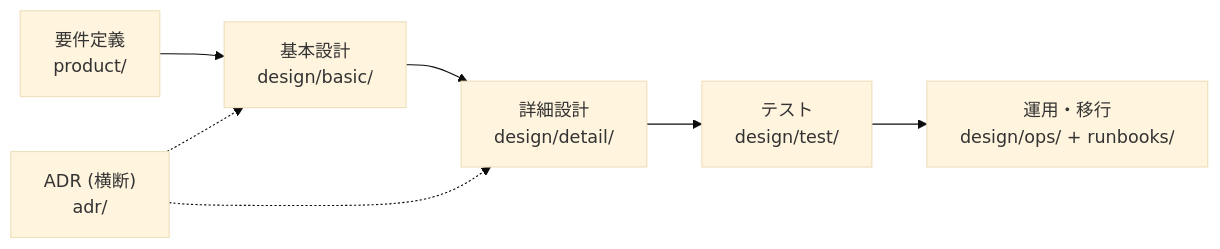
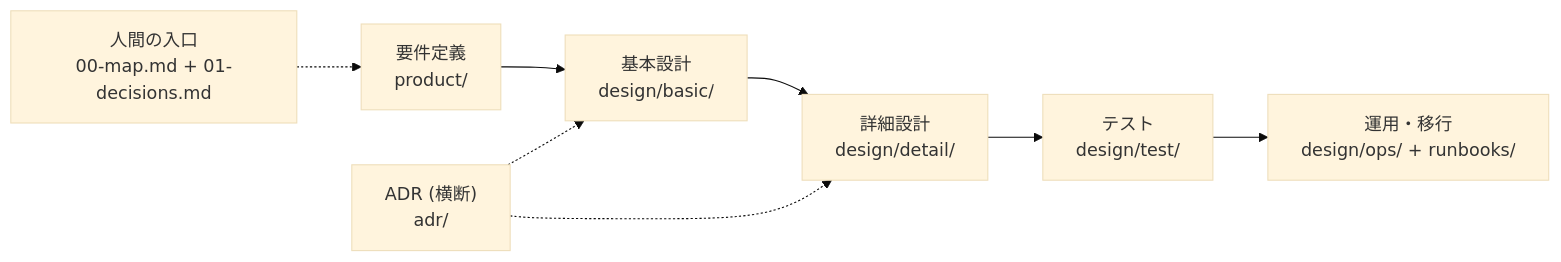
Before and after one commit to SakakitaniJunya/Igeta: the diagram in README.md, drawn with Mermaid (base theme). The commit also changed other lines of this file and 28 other files, not shown here.

First line of the commit message:
feat: 人間レビュー層 — 地図・決定台帳・機能ブリーフ・レビューシート・analyze・fix-ids (#12)

````diff
--- a/README.md
+++ b/README.md
@@ -77,9 +82,10 @@
 ```mermaid
 flowchart LR
+  M["人間の入口<br/>00-map.md + 01-decisions.md"] -.-> R
   R["要件定義<br/>product/"] --> B["基本設計<br/>design/basic/"]
   B --> D["詳細設計<br/>design/detail/"]
   D --> T["テスト<br/>design/test/"]
   T --> O["運用・移行<br/>design/ops/ + runbooks/"]
   A["ADR (横断)<br/>adr/"] -.-> B
   A -.-> D
 ```
````
